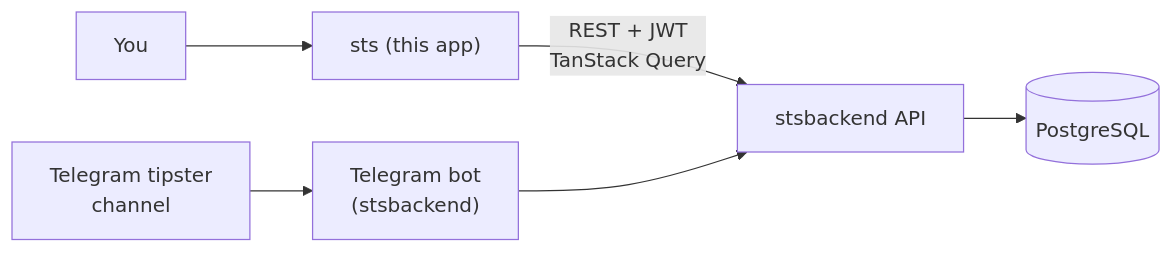
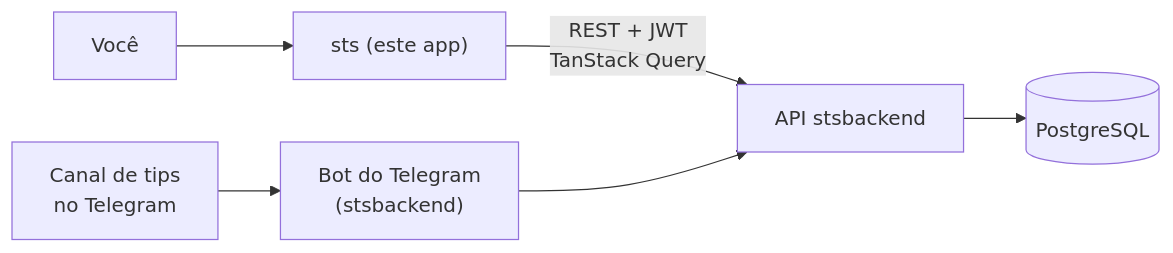
The diagram in README.md (BrunoPerioto1/sts), drawn with Mermaid before and after one commit. The commit also changed other lines of this file, not shown here.

````diff
--- a/README.md
+++ b/README.md
@@ -7,8 +7,8 @@
 ```mermaid
 graph LR
-    U["You"] --> UI["sts (this app)"]
-    TG["Telegram tipster<br/>channel"] --> BOT["Telegram bot<br/>(stsbackend)"]
-    UI -->|REST + JWT<br/>TanStack Query| API["stsbackend API"]
+    U["Você"] --> UI["sts (este app)"]
+    TG["Canal de tips<br/>no Telegram"] --> BOT["Bot do Telegram<br/>(stsbackend)"]
+    UI -->|"REST + JWT<br/>TanStack Query"| API["API stsbackend"]
     BOT --> API
     API --> DB[("PostgreSQL")]
 ```
````
